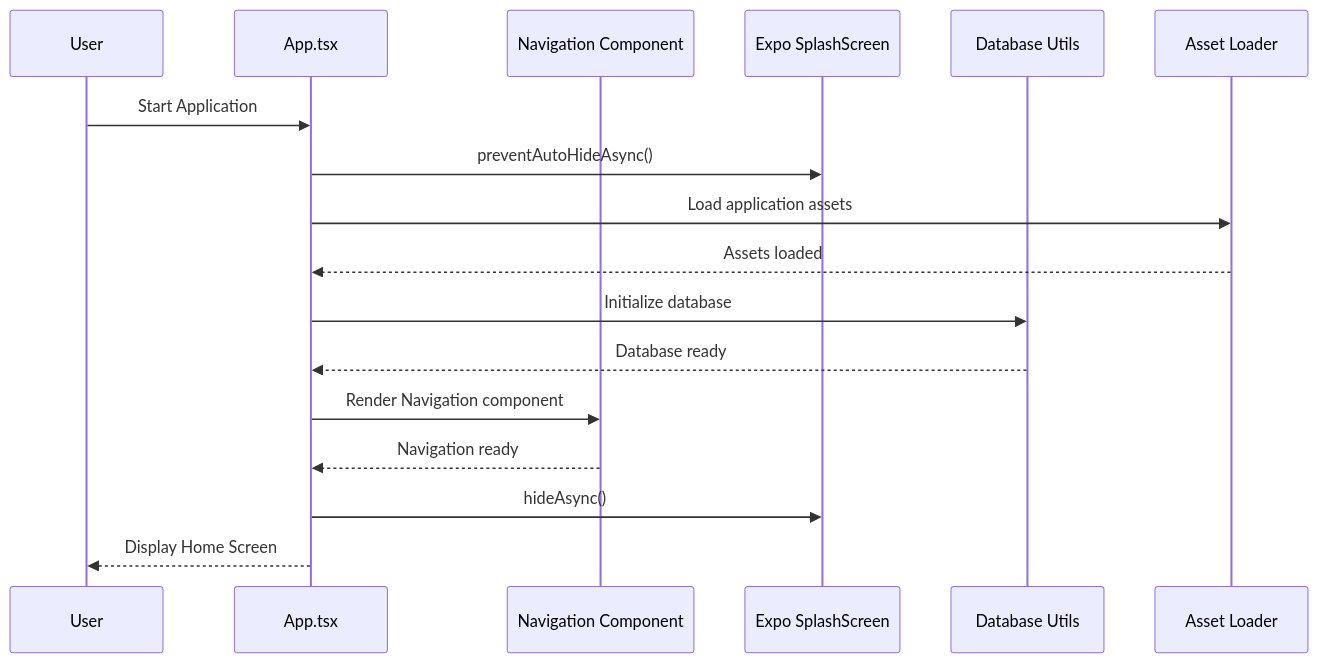
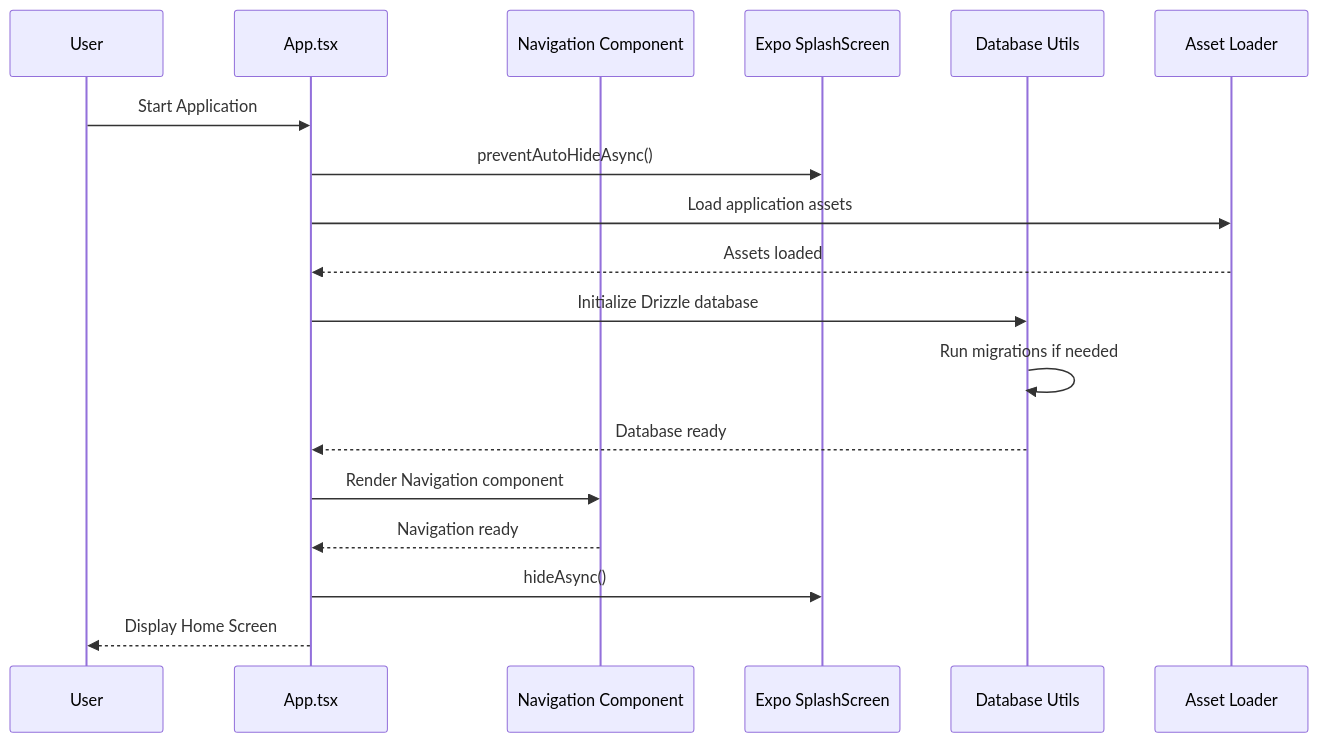
Before and after one commit to FencingSeniorDesign/client: the fourth of 38 diagrams in docs/Spring Quarter Deliverables/SDD.md, drawn with Mermaid. The commit also changed other lines of this file, not shown here.

````diff
--- a/docs/Spring Quarter Deliverables/SDD.md
+++ b/docs/Spring Quarter Deliverables/SDD.md
@@ -207,20 +227,21 @@
 ```mermaid
 sequenceDiagram
     participant User
     participant App as App.tsx
     participant Navigation as Navigation Component
     participant SplashScreen as Expo SplashScreen
     participant DB as Database Utils
     participant Assets as Asset Loader
 
     User->>App: Start Application
     App->>SplashScreen: preventAutoHideAsync()
     App->>Assets: Load application assets
     Assets-->>App: Assets loaded
-    App->>DB: Initialize database
+    App->>DB: Initialize Drizzle database
+    DB->>DB: Run migrations if needed
     DB-->>App: Database ready
     App->>Navigation: Render Navigation component
     Navigation-->>App: Navigation ready
     App->>SplashScreen: hideAsync()
     App-->>User: Display Home Screen
 ```
````
